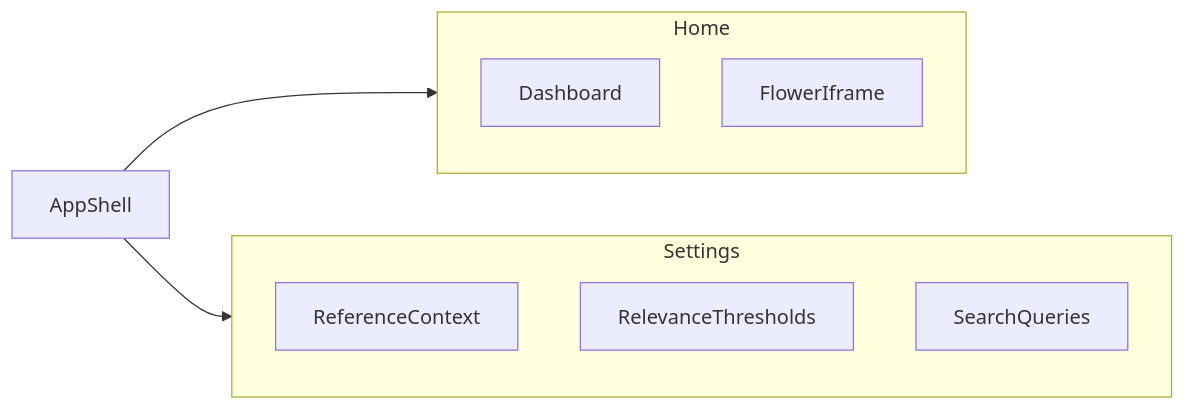
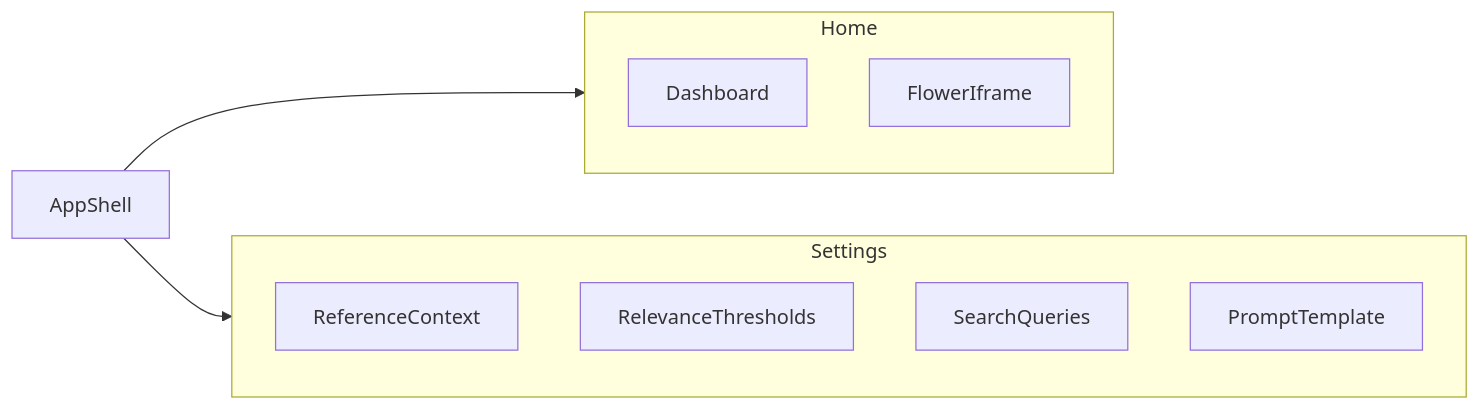
The diagram in front/README.md (joposcragent/specifications), drawn with Mermaid before and after one commit. The commit also changed other lines of this file and 2 other files, not shown here.

First line of the commit message:
Add prompt template documentation and update navigation links

````diff
--- a/front/README.md
+++ b/front/README.md
@@ -27,14 +29,15 @@
 ```mermaid
 flowchart LR
   subgraph home [Home]
     dash[Dashboard]
     orch[FlowerIframe]
   end
   subgraph settings [Settings]
     ref[ReferenceContext]
     thr[RelevanceThresholds]
     sq[SearchQueries]
+    pt[PromptTemplate]
   end
   shell[AppShell] --> home
   shell --> settings
 ```
````
